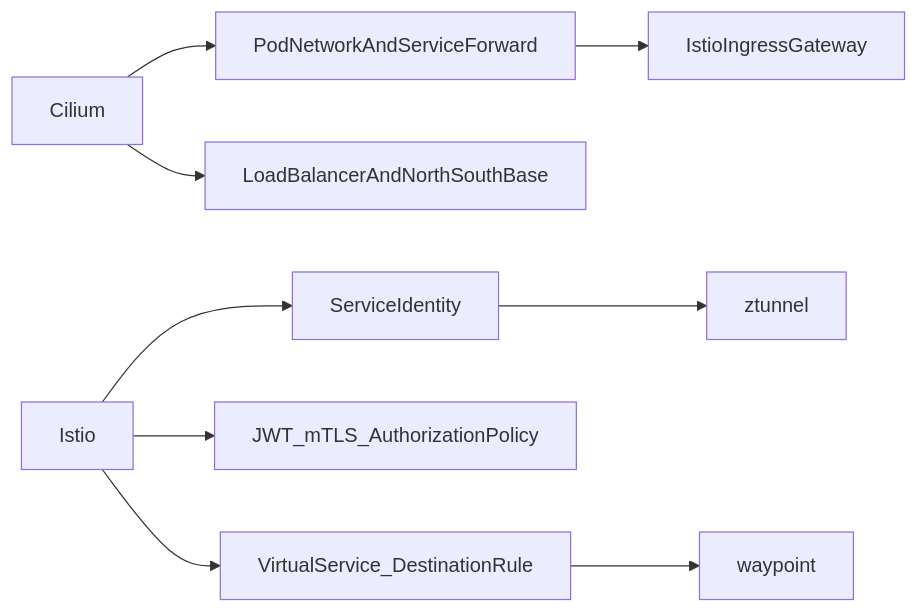
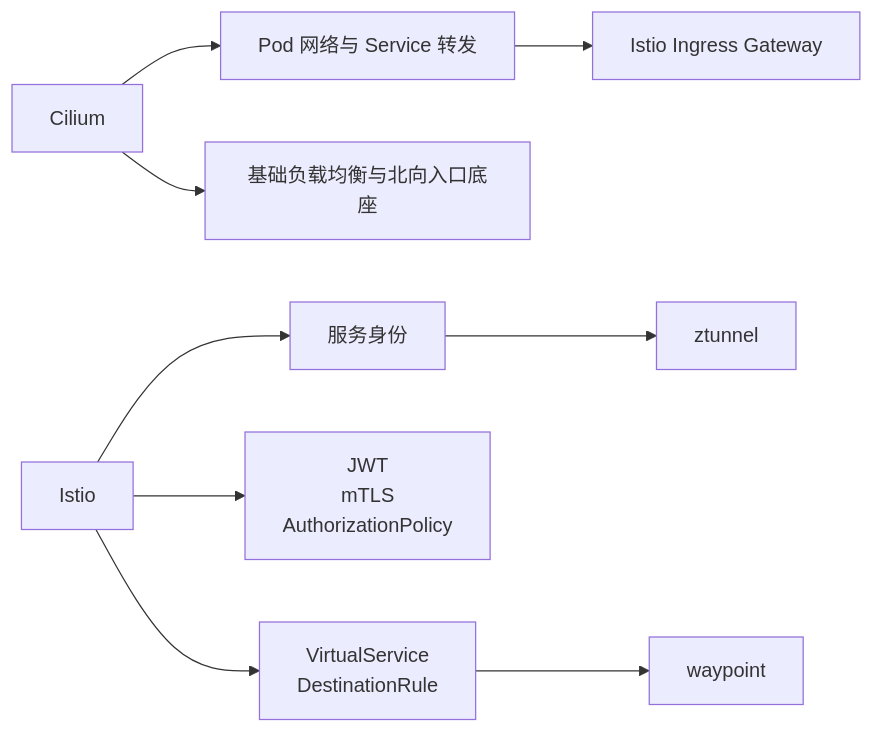
The first of 3 diagrams in k8s/05-security-and-zero-trust/docs/00_security_theory.md (hwang-protocol/docker_k8s_2026), drawn with Mermaid before and after one commit. The commit also changed other lines of this file and 18 other files, not shown here.

````diff
--- a/k8s/05-security-and-zero-trust/docs/00_security_theory.md
+++ b/k8s/05-security-and-zero-trust/docs/00_security_theory.md
@@ -43,13 +43,13 @@
 ```mermaid
 flowchart LR
-    cilium[Cilium] --> network[PodNetworkAndServiceForward]
-    cilium --> lb[LoadBalancerAndNorthSouthBase]
+    cilium[Cilium] --> network[Pod 网络与 Service 转发]
+    cilium --> lb[基础负载均衡与北向入口底座]
 
-    istio[Istio] --> identity[ServiceIdentity]
-    istio --> security[JWT_mTLS_AuthorizationPolicy]
-    istio --> governance[VirtualService_DestinationRule]
+    istio[Istio] --> identity[服务身份]
+    istio --> security[JWT<br/>mTLS<br/>AuthorizationPolicy]
+    istio --> governance[VirtualService<br/>DestinationRule]
 
-    network --> ingress[IstioIngressGateway]
+    network --> ingress[Istio Ingress Gateway]
     identity --> ztunnel[ztunnel]
     governance --> waypoint[waypoint]
 ```
````
